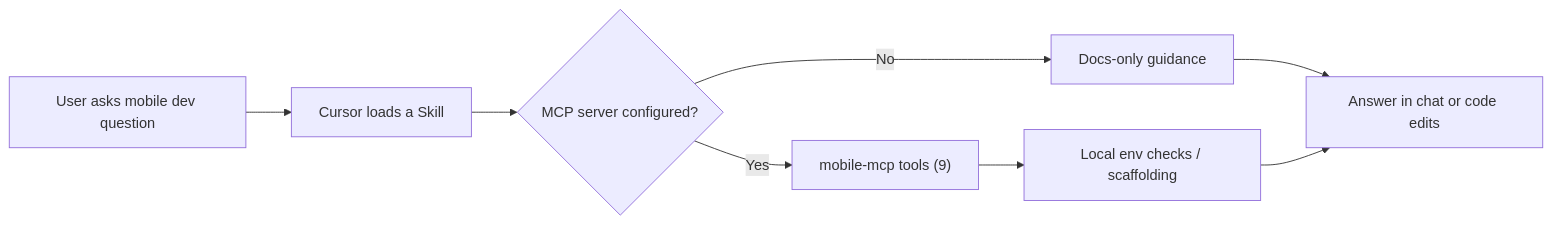
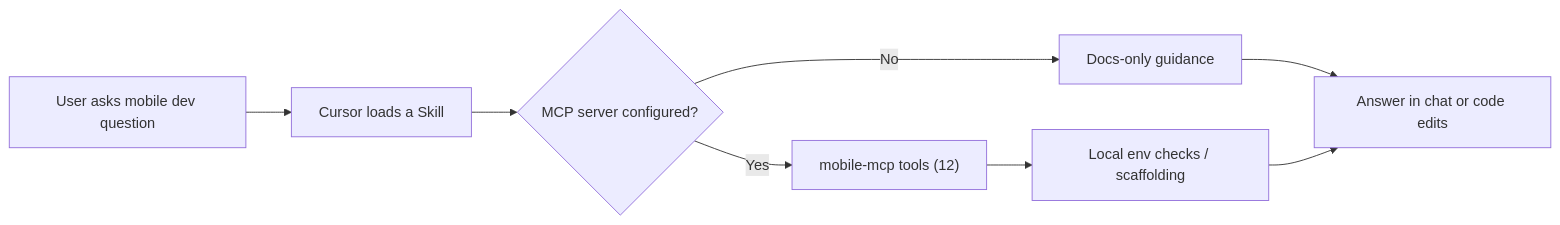
Before and after one commit to TMHSDigital/Mobile-App-Developer-Tools: the diagram in README.md, drawn with Mermaid. The commit also changed other lines of this file and 16 other files, not shown here.

First line of the commit message:
v0.4.0: Users and Data - 13 skills, 4 rules, 12 MCP tools

````diff
--- a/README.md
+++ b/README.md
@@ -73,10 +73,10 @@
 ```mermaid
 flowchart LR
     A[User asks mobile dev question] --> B[Cursor loads a Skill]
     B --> C{MCP server configured?}
-    C -->|Yes| D["mobile-mcp tools (9)"]
+    C -->|Yes| D["mobile-mcp tools (12)"]
     C -->|No| E[Docs-only guidance]
     D --> F[Local env checks / scaffolding]
     E --> G[Answer in chat or code edits]
     F --> G
 ```
````
